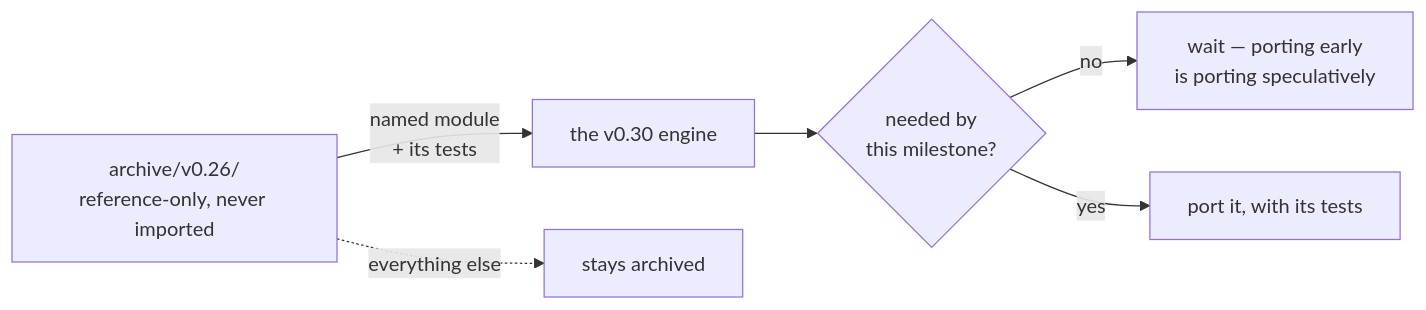
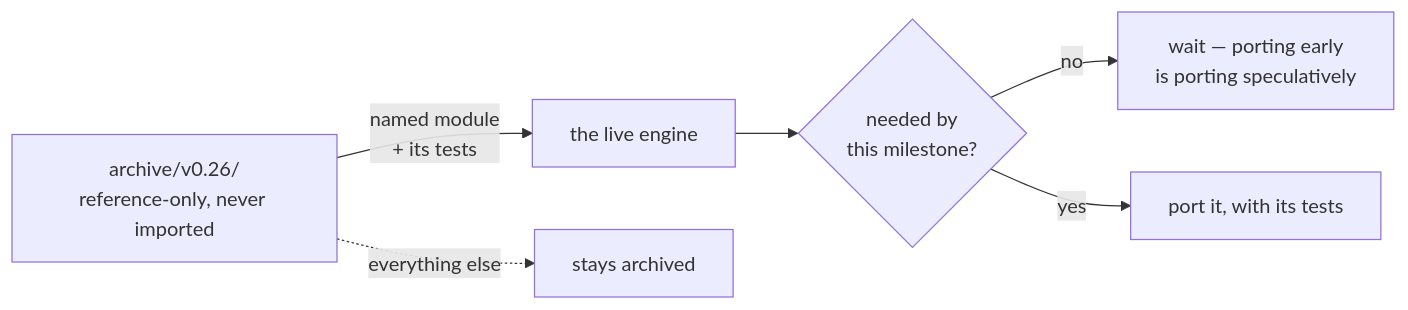
One commit to arpitarya/fux changed the diagram in docs/adr/0015_port-list.md. Above: the diagram before and after it, drawn with Mermaid. The commit also changed other lines of this file and 442 other files, not shown here.

````diff
--- a/docs/adr/0015_port-list.md
+++ b/docs/adr/0015_port-list.md
@@ -57,8 +33,8 @@
 ```mermaid
 flowchart LR
-    A["archive/v0.26/<br/>reference-only, never imported"] -->|"named module<br/>+ its tests"| N["the v0.30 engine"]
+    A["archive/v0.26/<br/>reference-only, never imported"] -->|"named module<br/>+ its tests"| N["the live engine"]
     A -.->|"everything else"| X["stays archived"]
     N --> M{"needed by<br/>this milestone?"}
     M -->|no| W["wait — porting early<br/>is porting speculatively"]
     M -->|yes| P["port it, with its tests"]
 ```
````
